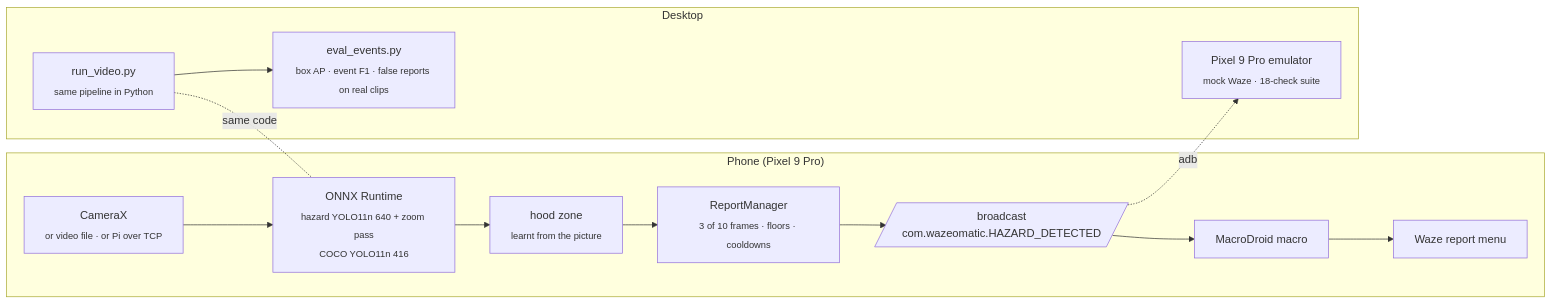
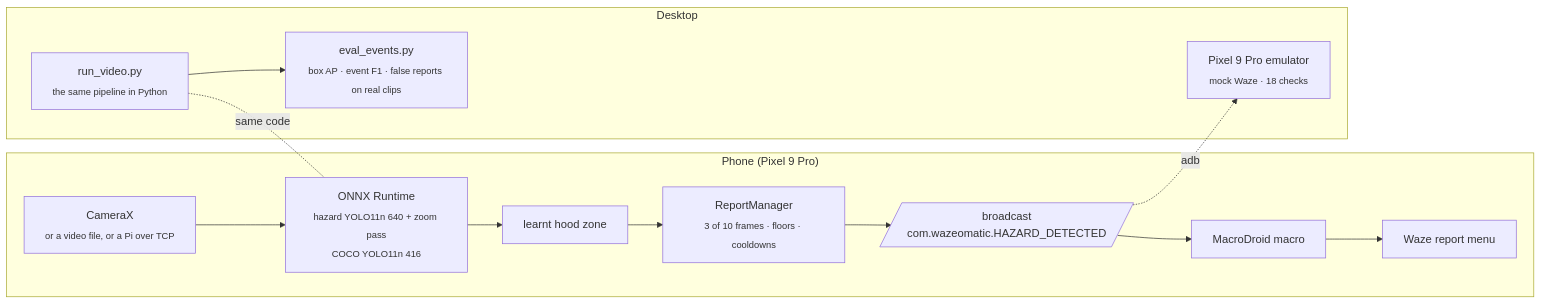
Before and after one commit to blakepennel/wazeomatic: the diagram in README.md, drawn with Mermaid. The commit also changed other lines of this file and 2 other files, not shown here.

````diff
--- a/README.md
+++ b/README.md
@@ -47,21 +72,21 @@
 ```mermaid
 flowchart LR
     subgraph phone["Phone (Pixel 9 Pro)"]
-        CAM[CameraX<br/><sub>or video file · or Pi over TCP</sub>]
+        CAM[CameraX<br/><sub>or a video file, or a Pi over TCP</sub>]
         DET[ONNX Runtime<br/><sub>hazard YOLO11n 640 + zoom pass<br/>COCO YOLO11n 416</sub>]
-        HOOD[hood zone<br/><sub>learnt from the picture</sub>]
+        HOOD[learnt hood zone]
         RM[ReportManager<br/><sub>3 of 10 frames · floors · cooldowns</sub>]
         BC[/broadcast<br/>com.wazeomatic.HAZARD_DETECTED/]
         MD[MacroDroid macro]
         WZ[Waze report menu]
     end
     subgraph desk["Desktop"]
-        SIM[run_video.py<br/><sub>same pipeline in Python</sub>]
+        SIM[run_video.py<br/><sub>the same pipeline in Python</sub>]
         EV[eval_events.py<br/><sub>box AP · event F1 · false reports on real clips</sub>]
-        EMU[Pixel 9 Pro emulator<br/><sub>mock Waze · 18-check suite</sub>]
+        EMU[Pixel 9 Pro emulator<br/><sub>mock Waze · 18 checks</sub>]
     end
     CAM --> DET --> HOOD --> RM --> BC --> MD --> WZ
     SIM -. same code .- DET
     SIM --> EV
     BC -. adb .-> EMU
 ```
````
